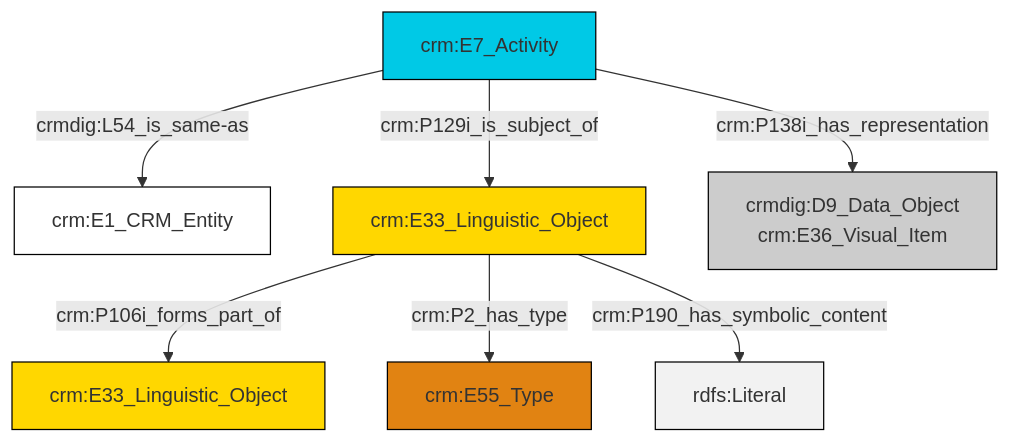
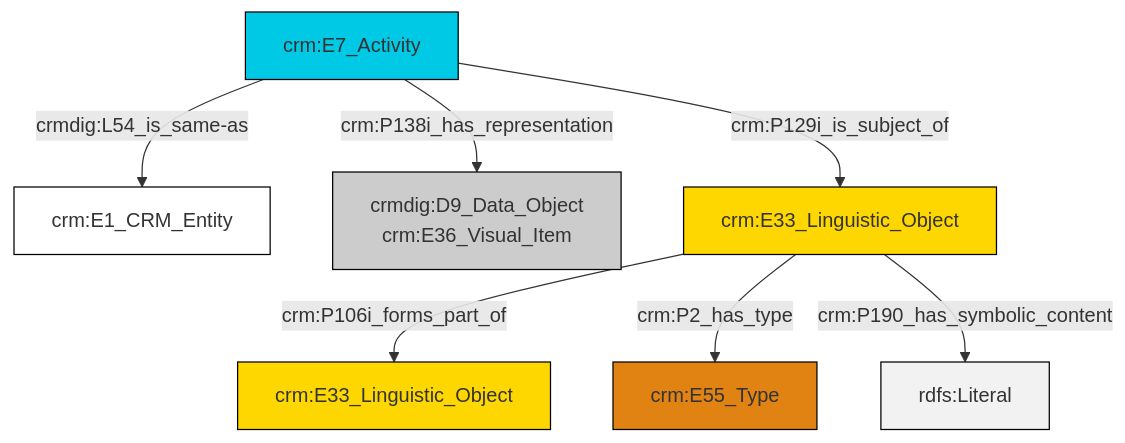
The diagram in et/eventCSV/ttl/mmd/event_documentation.ttl.mmd (swiss-art-research-net/reference-data-models), drawn with Mermaid before and after one commit. The commit also changed 126 other files, not shown here.

```diff
--- a/et/eventCSV/ttl/mmd/event_documentation.ttl.mmd
+++ b/et/eventCSV/ttl/mmd/event_documentation.ttl.mmd
@@ -1,21 +1,21 @@
 graph TD
 classDef Literal fill:#f2f2f2,stroke:#000000;
 classDef CRM_Entity fill:#FFFFFF,stroke:#000000;
 classDef Temporal_Entity fill:#00C9E6, stroke:#000000;
 classDef Type fill:#E18312, stroke:#000000;
 classDef Time-Span fill:#2C9C91, stroke:#000000;
 classDef Appellation fill:#FFEB7F, stroke:#000000;
 classDef Place fill:#008836, stroke:#000000;
 classDef Persistent_Item fill:#B266B2, stroke:#000000;
 classDef Conceptual_Object fill:#FFD700, stroke:#000000;
 classDef Physical_Thing fill:#D2B48C, stroke:#000000;
 classDef Actor fill:#f58aad, stroke:#000000;
 classDef PC_Classes fill:#4ce600, stroke:#000000;
 classDef Multi fill:#cccccc,stroke:#000000;
 
 0["crm:E7_Activity"]:::Temporal_Entity -->|crmdig:L54_is_same-as| 1["crm:E1_CRM_Entity"]:::CRM_Entity
-2["crm:E33_Linguistic_Object"]:::Conceptual_Object -->|crm:P106i_forms_part_of| 6["crm:E33_Linguistic_Object"]:::Conceptual_Object
-2["crm:E33_Linguistic_Object"]:::Conceptual_Object -->|crm:P2_has_type| 7["crm:E55_Type"]:::Type
-2["crm:E33_Linguistic_Object"]:::Conceptual_Object -->|crm:P190_has_symbolic_content| 9[rdfs:Literal]:::Literal
-0["crm:E7_Activity"]:::Temporal_Entity -->|crm:P129i_is_subject_of| 2["crm:E33_Linguistic_Object"]:::Conceptual_Object
+0["crm:E7_Activity"]:::Temporal_Entity -->|crm:P129i_is_subject_of| 6["crm:E33_Linguistic_Object"]:::Conceptual_Object
+6["crm:E33_Linguistic_Object"]:::Conceptual_Object -->|crm:P106i_forms_part_of| 2["crm:E33_Linguistic_Object"]:::Conceptual_Object
+6["crm:E33_Linguistic_Object"]:::Conceptual_Object -->|crm:P2_has_type| 7["crm:E55_Type"]:::Type
 0["crm:E7_Activity"]:::Temporal_Entity -->|crm:P138i_has_representation| 4["crmdig:D9_Data_Object<br>crm:E36_Visual_Item"]:::Multi
+6["crm:E33_Linguistic_Object"]:::Conceptual_Object -->|crm:P190_has_symbolic_content| 14[rdfs:Literal]:::Literal
```
